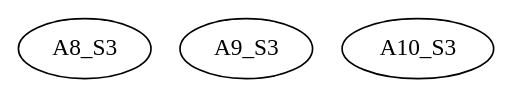
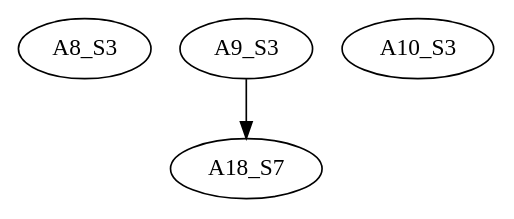
One commit to Jorgecs2000/KLEE_Visual_Project changed the diagram in examples/malloc/test000001.dot. Above: the diagram before and after it, drawn with Graphviz. The commit also changed 574 other files, not shown here.

```diff
--- a/examples/malloc/test000001.dot
+++ b/examples/malloc/test000001.dot
@@ -1,7 +1,9 @@
 digraph{
 	node [ ]
 	edge [ ]
 	A8_S3 [ ]
 	A9_S3 [ ]
 	A10_S3 [ ]
+	A18_S7 [ ]
+	A9_S3 -> A18_S7 [ ]
 }
```
